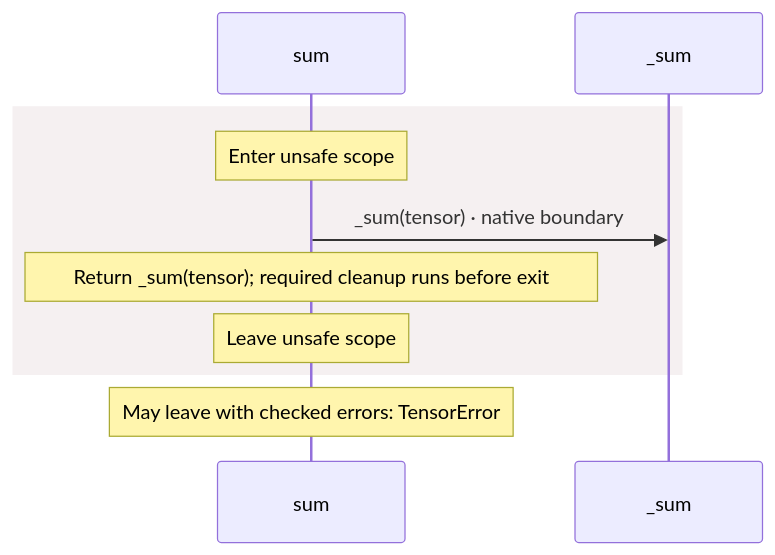
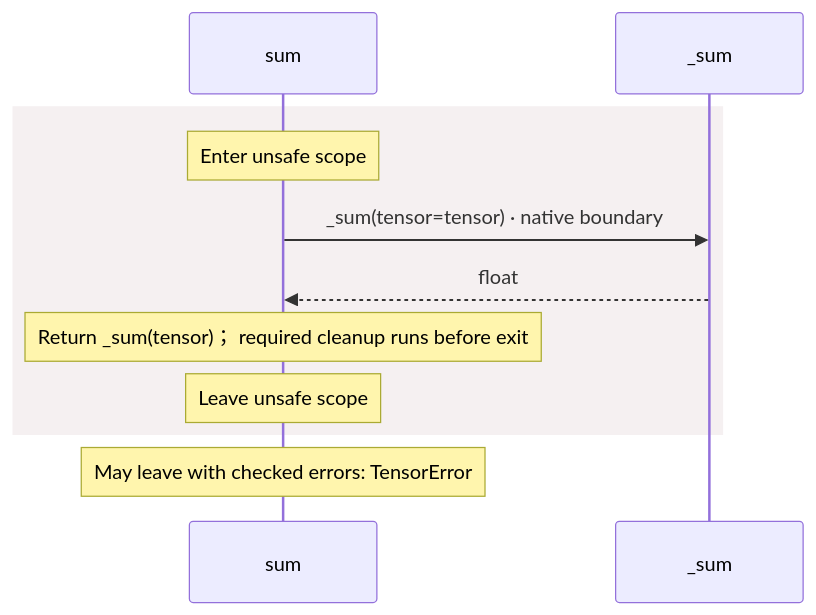
The fifth of 8 diagrams in docs/examples/native-pytorch/dependencies/packages/@greenpandastudios/aug-pytorch/0.1.6/api-diagrams.md (GreenPandaStudios/augscript), drawn with Mermaid before and after one commit. The commit also changed other lines of this file and 524 other files, not shown here.

Commit message:
Explain checked data flow at folder and service levels

````diff
--- a/docs/examples/native-pytorch/dependencies/packages/@greenpandastudios/aug-pytorch/0.1.6/api-diagrams.md
+++ b/docs/examples/native-pytorch/dependencies/packages/@greenpandastudios/aug-pytorch/0.1.6/api-diagrams.md
@@ -164,12 +137,13 @@
 ```mermaid
 sequenceDiagram
     participant p0 as sum
     participant p1 as _sum
     rect rgb(245, 240, 241)
     Note over p0: Enter unsafe scope
-    p0->>p1: _sum(tensor) · native boundary
-    Note over p0: Return _sum(tensor)#59; required cleanup runs before exit
+    p0->>p1: _sum(tensor=tensor) · native boundary
+    p1-->>p0: float
+    Note over p0: Return _sum(tensor)； required cleanup runs before exit
     Note over p0: Leave unsafe scope
     end
     Note over p0: May leave with checked errors: TensorError
 ```
````
